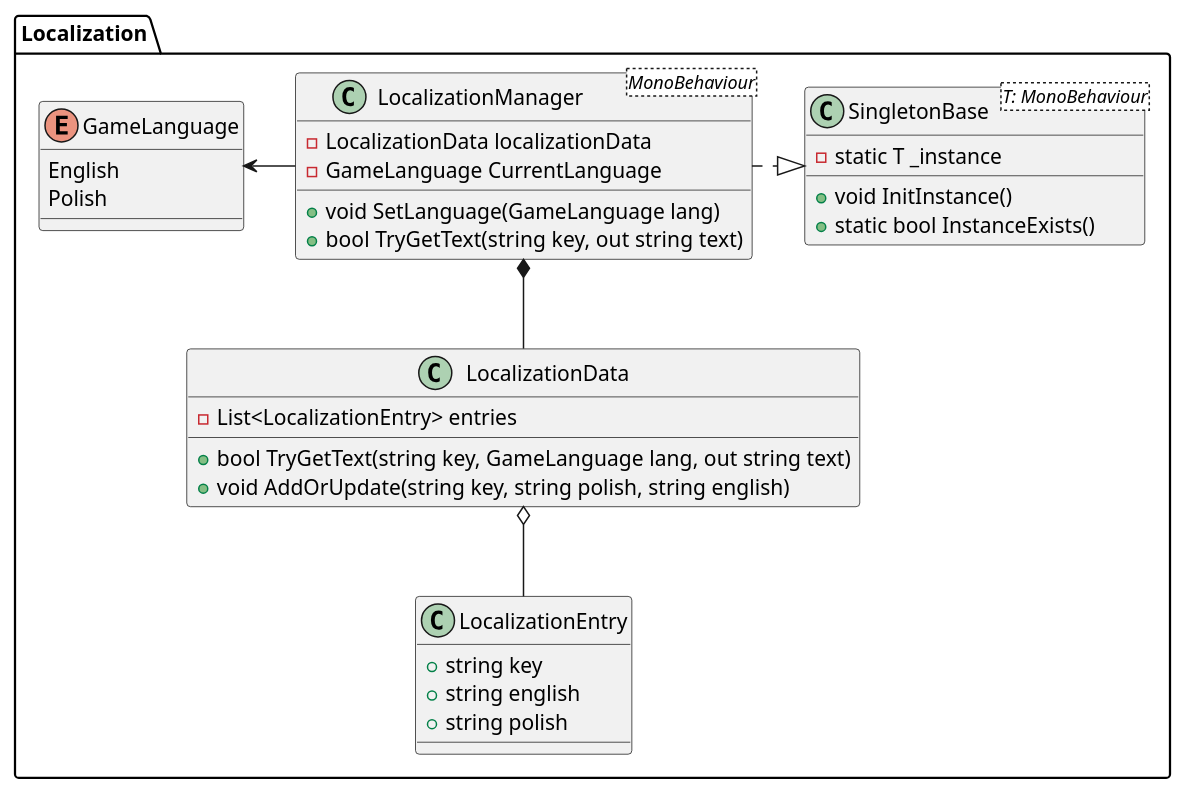
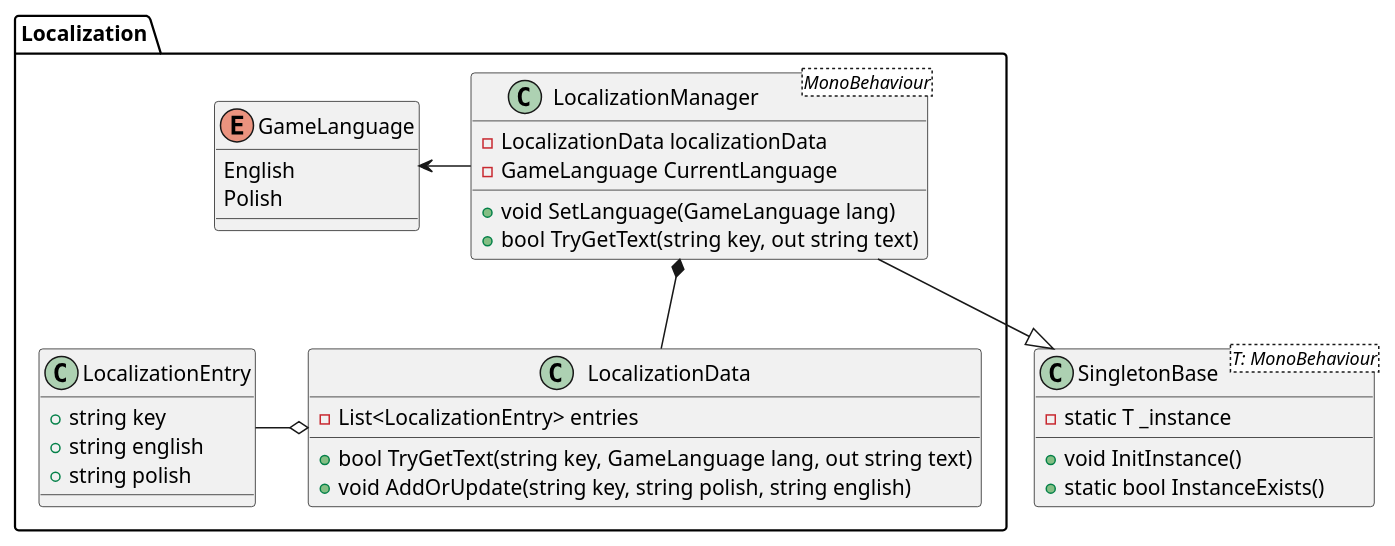
Before and after one commit to AGH-Projects-Library/affective-games-multiplatform: the diagram in Diagrams/Puml/lokalizacja.puml, drawn with PlantUML. The commit also changed 3 other files, not shown here.

Commit message:
Derived from SingletonBase and Localization added

```diff
--- a/Diagrams/Puml/lokalizacja.puml
+++ b/Diagrams/Puml/lokalizacja.puml
@@ -1,40 +1,43 @@
 @startuml localization
 
 namespace Localization {
 
     class LocalizationEntry {
         +string key
         +string english
         +string polish
     }
 
     class LocalizationData {
         -List<LocalizationEntry> entries
         +bool TryGetText(string key, GameLanguage lang, out string text)
         +void AddOrUpdate(string key, string polish, string english)
     }
 
     enum GameLanguage {
         English
         Polish
     }
 
     class LocalizationManager<MonoBehaviour> {
         -LocalizationData localizationData
         -GameLanguage CurrentLanguage
         +void SetLanguage(GameLanguage lang)
         +bool TryGetText(string key, out string text)
     }
 
-    class SingletonBase<T: MonoBehaviour> {
-        -static T _instance
-        +void InitInstance()
-        +static bool InstanceExists()
-    }
+}
 
-    LocalizationData o-- LocalizationEntry
-    LocalizationManager *-- LocalizationData
-    LocalizationManager  .r.|> SingletonBase
-    LocalizationManager -l-> GameLanguage
+class SingletonBase<T: MonoBehaviour> {
+
+    -static T _instance
+    +void InitInstance()
+    +static bool InstanceExists()
+}
+
+LocalizationData o-l- LocalizationEntry
+LocalizationManager *-- LocalizationData
+LocalizationManager --|> SingletonBase
+LocalizationManager -l-> GameLanguage
 
 @enduml
```
